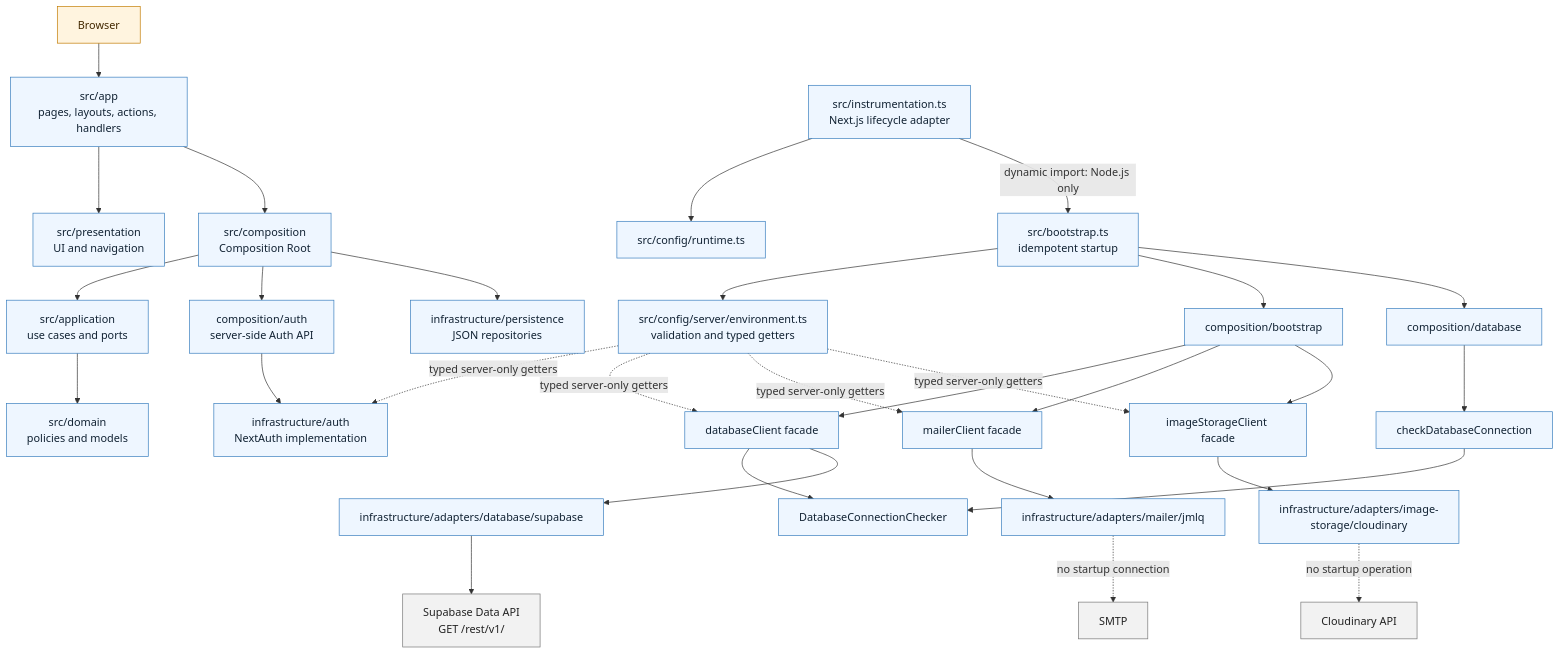
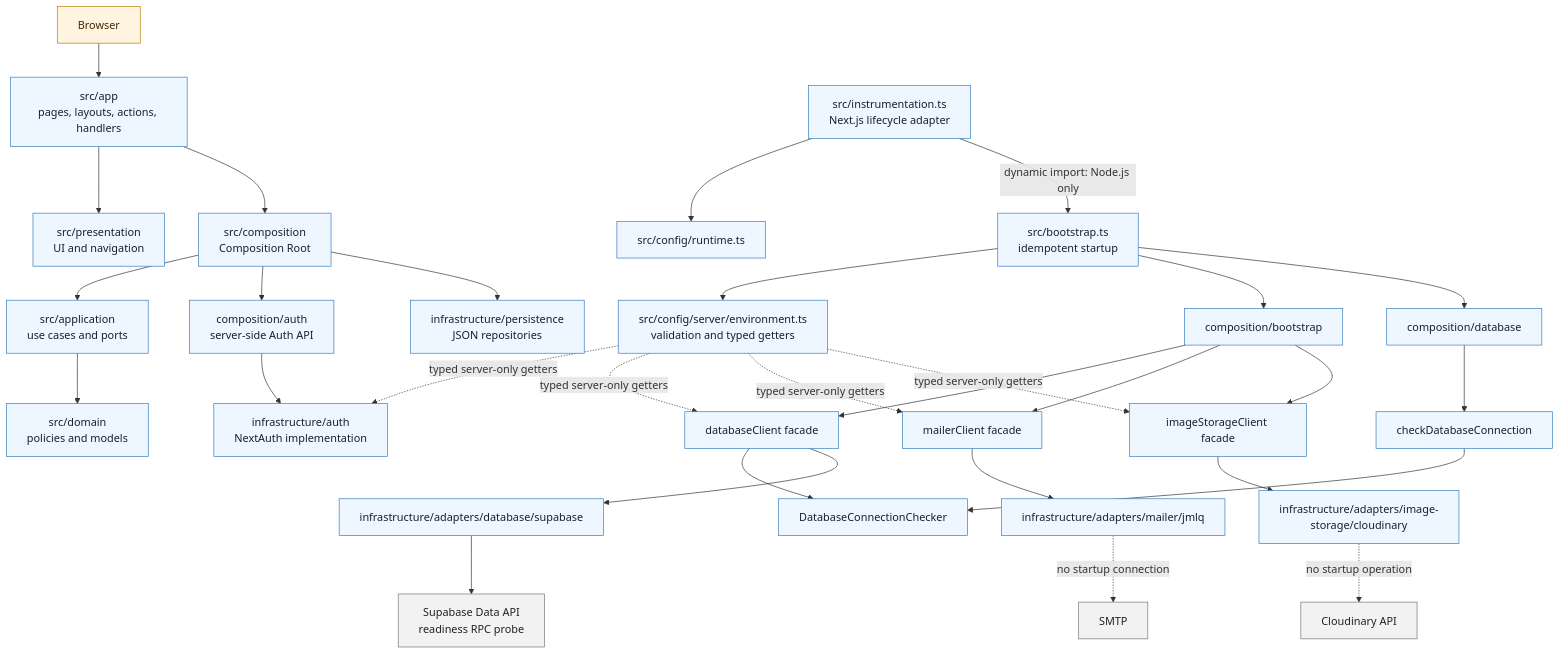
One commit to MLahuasi/opencode-daycare changed the diagram in architecture.md. Above: the diagram before and after it, drawn with Mermaid. The commit also changed 3 other files, not shown here.

````diff
--- a/architecture.md
+++ b/architecture.md
@@ -79,42 +79,42 @@
 ```mermaid
 flowchart TB
     BROWSER[Browser] --> ROUTES[src/app<br/>pages, layouts, actions, handlers]
     ROUTES --> PRESENTATION[src/presentation<br/>UI and navigation]
     ROUTES --> COMPOSITION[src/composition<br/>Composition Root]
 
     COMPOSITION --> APPLICATION[src/application<br/>use cases and ports]
     APPLICATION --> DOMAIN[src/domain<br/>policies and models]
     COMPOSITION --> AUTH[composition/auth<br/>server-side Auth API]
     AUTH --> AUTH_INFRA[infrastructure/auth<br/>NextAuth implementation]
     COMPOSITION --> PERSISTENCE[infrastructure/persistence<br/>JSON repositories]
 
     INSTRUMENTATION[src/instrumentation.ts<br/>Next.js lifecycle adapter] --> RUNTIME[src/config/runtime.ts]
     INSTRUMENTATION -->|dynamic import: Node.js only| BOOTSTRAP[src/bootstrap.ts<br/>idempotent startup]
     BOOTSTRAP --> ENV[src/config/server/environment.ts<br/>validation and typed getters]
     BOOTSTRAP --> BOOT_COMPOSITION[composition/bootstrap]
     BOOTSTRAP --> DB_COMPOSITION[composition/database]
     BOOT_COMPOSITION --> DB_FACADE[databaseClient facade]
     BOOT_COMPOSITION --> MAIL_FACADE[mailerClient facade]
     BOOT_COMPOSITION --> IMAGE_FACADE[imageStorageClient facade]
     DB_COMPOSITION --> CHECK_USE_CASE[checkDatabaseConnection]
     CHECK_USE_CASE --> DB_PORT[DatabaseConnectionChecker]
     DB_FACADE --> DB_PORT
     DB_FACADE --> SUPABASE_PROVIDER[infrastructure/adapters/database/supabase]
-    SUPABASE_PROVIDER --> SUPABASE[Supabase Data API<br/>GET /rest/v1/]
+    SUPABASE_PROVIDER --> SUPABASE[Supabase Data API<br/>readiness RPC probe]
     MAIL_FACADE --> JMLQ[infrastructure/adapters/mailer/jmlq]
     JMLQ -. no startup connection .-> SMTP[SMTP]
     IMAGE_FACADE --> CLOUDINARY[infrastructure/adapters/image-storage/cloudinary]
     CLOUDINARY -. no startup operation .-> CLOUDINARY_API[Cloudinary API]
 
     ENV -. typed server-only getters .-> AUTH_INFRA
     ENV -. typed server-only getters .-> DB_FACADE
     ENV -. typed server-only getters .-> MAIL_FACADE
     ENV -. typed server-only getters .-> IMAGE_FACADE
 
     classDef server fill:#eef6ff,stroke:#377dbe,color:#123;
     classDef boundary fill:#fff4df,stroke:#c27b00,color:#432800;
     classDef external fill:#f2f2f2,stroke:#777,color:#222;
     class ROUTES,PRESENTATION,COMPOSITION,APPLICATION,DOMAIN,AUTH,AUTH_INFRA,PERSISTENCE,INSTRUMENTATION,RUNTIME,BOOTSTRAP,ENV,BOOT_COMPOSITION,DB_COMPOSITION,DB_FACADE,MAIL_FACADE,IMAGE_FACADE,DB_PORT,CHECK_USE_CASE,SUPABASE_PROVIDER,JMLQ,CLOUDINARY server;
     class BROWSER boundary;
     class SUPABASE,SMTP,CLOUDINARY_API external;
 ```
````
